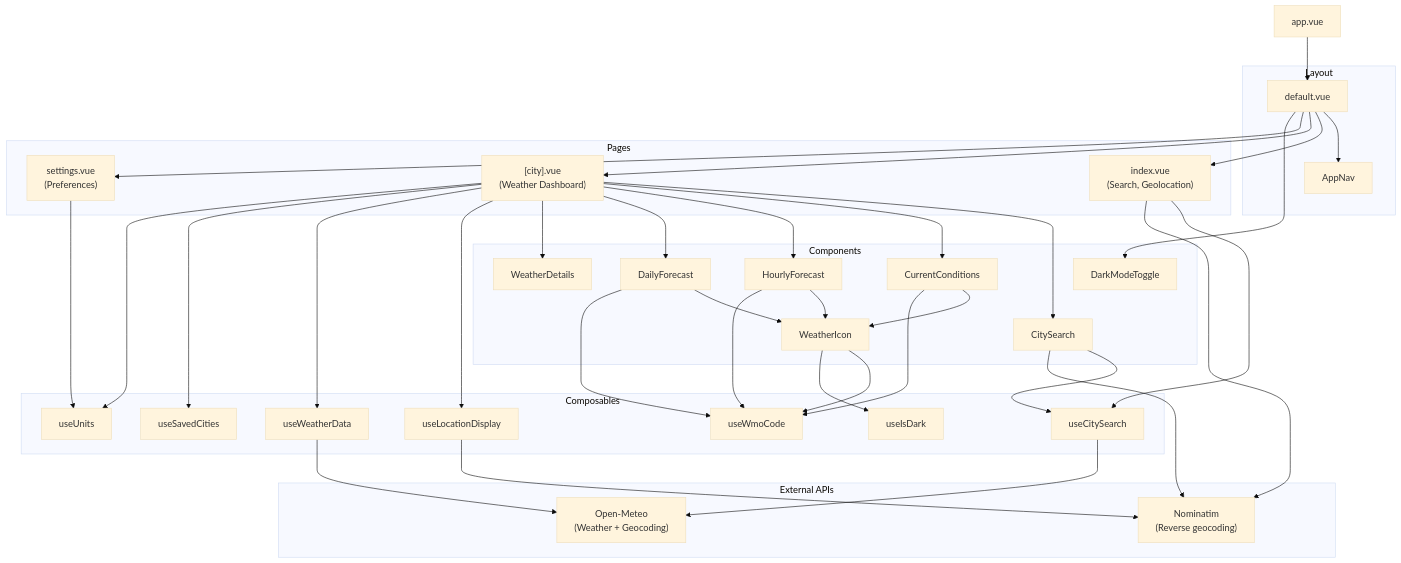
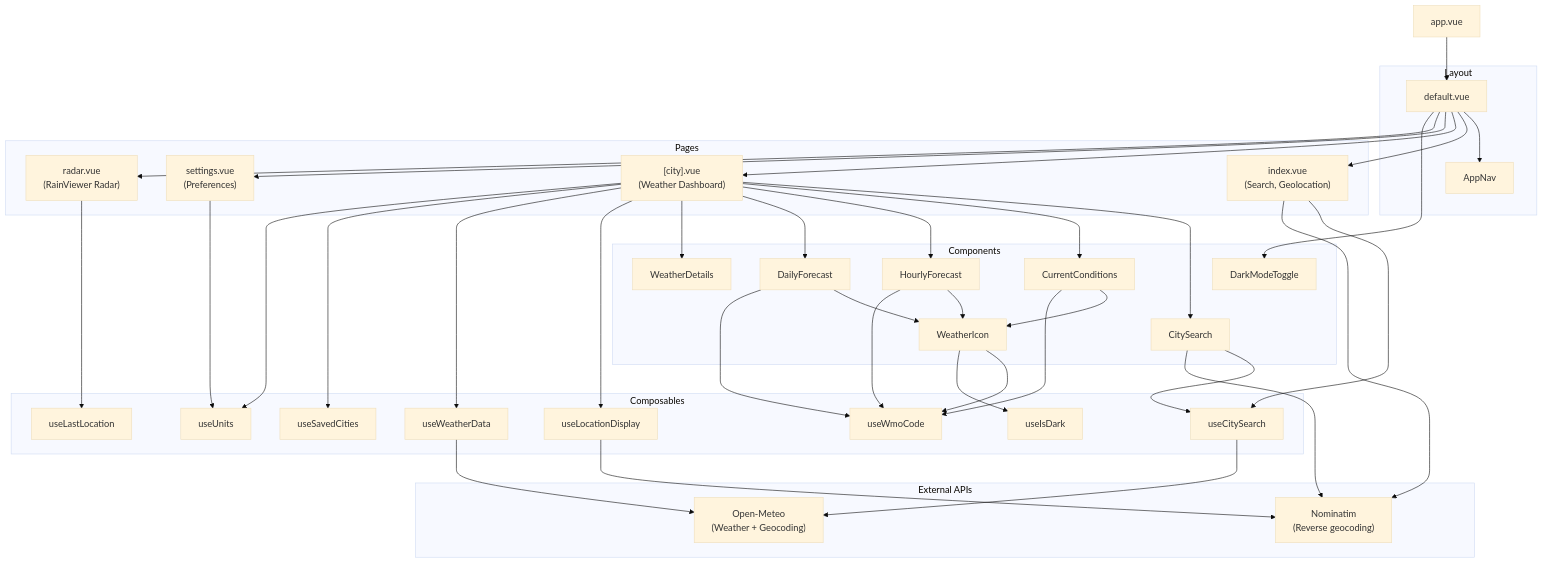
The diagram in README.md (mpleroux/weather_app), drawn with Mermaid (base theme) before and after one commit. The commit also changed other lines of this file, not shown here.

Commit message:
Update Mermaid diagram, list of future enhancements

````diff
--- a/README.md
+++ b/README.md
@@ -36,62 +36,66 @@
 ```mermaid
 graph TD
     AppVue["app.vue"]
 
     subgraph Layout["Layout"]
         DefaultLayout["default.vue"]
         AppNav["AppNav"]
     end
 
     subgraph Pages["Pages"]
         IndexPage["index.vue<br/>(Search, Geolocation)"]
         CityPage["[city].vue<br/>(Weather Dashboard)"]
         SettingsPage["settings.vue<br/>(Preferences)"]
+        RadarPage["radar.vue<br/>(RainViewer Radar)"]
     end
 
     subgraph Components["Components"]
         CitySearch["CitySearch"]
         CurrentConditions["CurrentConditions"]
         HourlyForecast["HourlyForecast"]
         DailyForecast["DailyForecast"]
         WeatherDetails["WeatherDetails"]
         WeatherIcon["WeatherIcon"]
         DarkModeToggle["DarkModeToggle"]
     end
 
     subgraph Composables["Composables"]
         UseIsDark["useIsDark"]
         UseUnits["useUnits"]
         UseCitySearch["useCitySearch"]
         UseSavedCities["useSavedCities"]
         UseWmoCode["useWmoCode"]
+        UseLastLocation["useLastLocation"]
         UseLocationDisplay["useLocationDisplay"]
         UseWeatherData["useWeatherData"]
     end
 
     subgraph APIs["External APIs"]
         OpenMeteo["Open-Meteo<br/>(Weather + Geocoding)"]
         Nominatim["Nominatim<br/>(Reverse geocoding)"]
     end
 
     AppVue --> DefaultLayout
-    DefaultLayout --> AppNav & IndexPage & CityPage & SettingsPage
+    DefaultLayout --> AppNav & IndexPage & CityPage & SettingsPage & RadarPage
     DefaultLayout --> DarkModeToggle
+
+    RadarPage --> UseLastLocation
 
     IndexPage --> UseCitySearch & Nominatim
 
     SettingsPage --> UseUnits
 
     CityPage --> CitySearch & CurrentConditions & HourlyForecast & DailyForecast & WeatherDetails
     CityPage --> UseLocationDisplay & UseWeatherData & UseSavedCities & UseUnits
 
     CitySearch --> UseCitySearch & Nominatim
 
     CurrentConditions --> WeatherIcon & UseWmoCode
     HourlyForecast --> WeatherIcon & UseWmoCode
     DailyForecast --> WeatherIcon & UseWmoCode
     WeatherIcon --> UseWmoCode & UseIsDark
 
     UseWeatherData --> OpenMeteo
     UseLocationDisplay --> Nominatim
     UseCitySearch --> OpenMeteo
 ```
````
